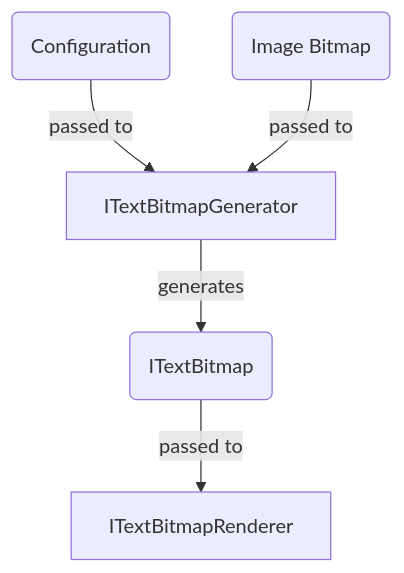
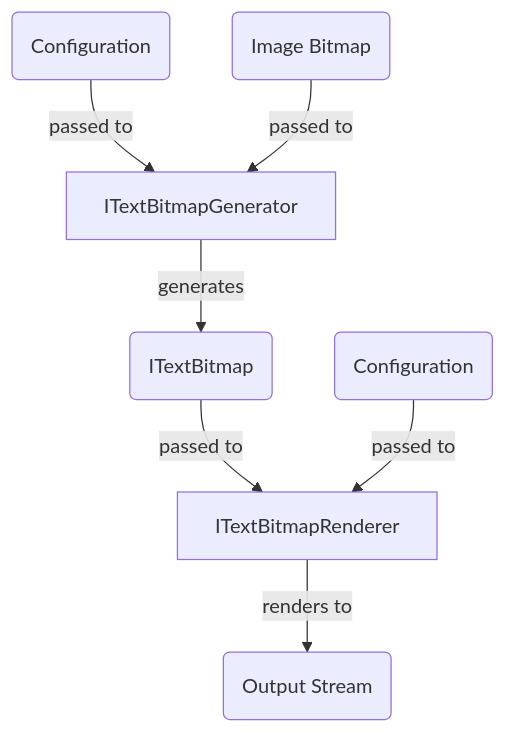
The diagram in doc/i-text-types.md (Texart/Texart), drawn with Mermaid before and after one commit. The commit also changed other lines of this file, not shown here.

Commit message:
doc/i-text-types.md updated from https://stackedit.io/

````diff
--- a/doc/i-text-types.md
+++ b/doc/i-text-types.md
@@ -3,8 +3,9 @@
 ```mermaid
 graph TD;
   C1(Configuration) -- passed to --> G[ITextBitmapGenerator]
   B(Image Bitmap) -- passed to --> G
   G -- generates --> D(ITextBitmap);
   D -- passed to --> R[ITextBitmapRenderer]
-  C1(Configuration)
+  C2(Configuration) -- passed to --> R
+  R -- renders to --> O(Output Stream)
 ```
````
